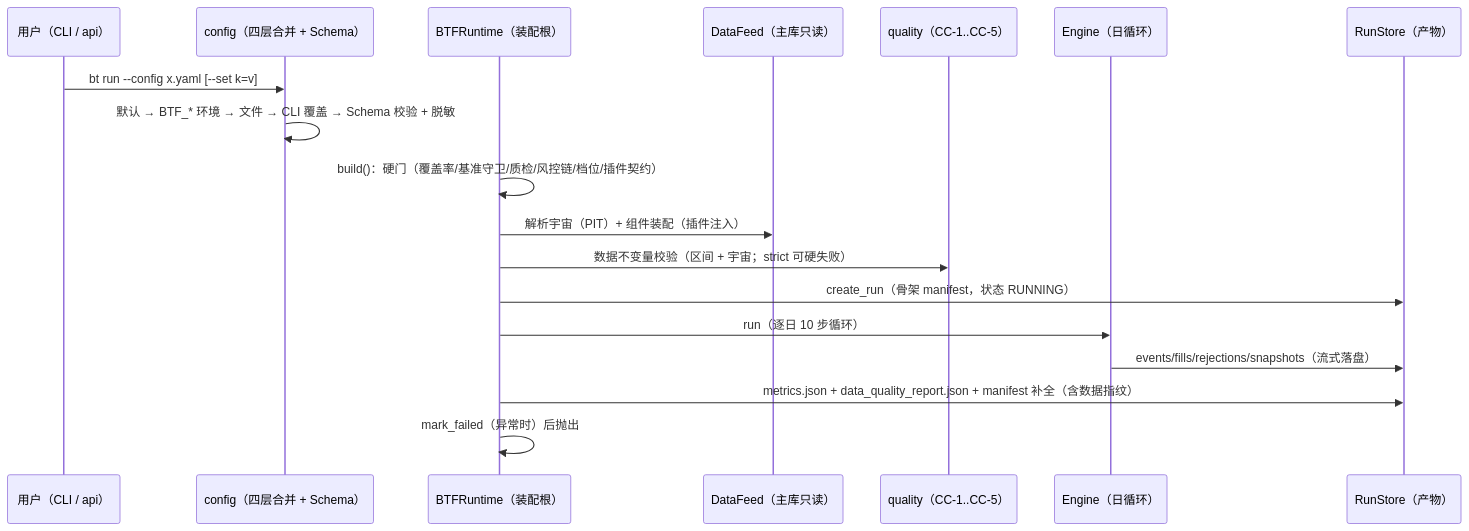
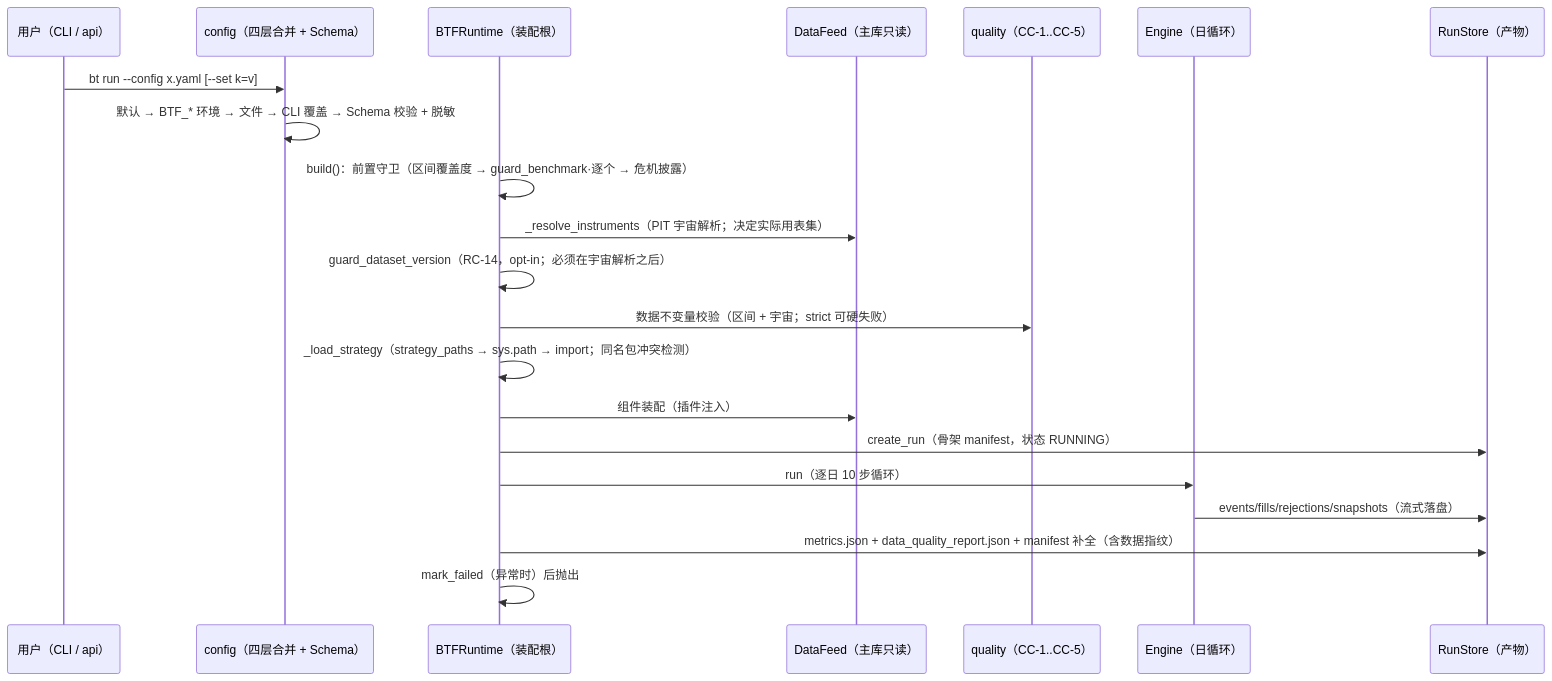
One commit to 1716250001/quant-strategy-infrastructure changed the first of 5 diagrams in 代码架构/回测工具架构/06-核心流程与关键时序.md. Above: the diagram before and after it, drawn with Mermaid. The commit also changed other lines of this file and 22 other files, not shown here.

````diff
--- a/代码架构/回测工具架构/06-核心流程与关键时序.md
+++ b/代码架构/回测工具架构/06-核心流程与关键时序.md
@@ -18,21 +18,24 @@
 ```mermaid
 sequenceDiagram
     participant U as 用户（CLI / api）
     participant C as config（四层合并 + Schema）
     participant RT as BTFRuntime（装配根）
     participant F as DataFeed（主库只读）
     participant Q as quality（CC-1..CC-5）
     participant E as Engine（日循环）
     participant S as RunStore（产物）
 
     U->>C: bt run --config x.yaml [--set k=v]
     C->>C: 默认 → BTF_* 环境 → 文件 → CLI 覆盖 → Schema 校验 + 脱敏
-    RT->>RT: build()：硬门（覆盖率/基准守卫/质检/风控链/档位/插件契约）
-    RT->>F: 解析宇宙（PIT）+ 组件装配（插件注入）
+    RT->>RT: build()：前置守卫（区间覆盖度 → guard_benchmark·逐个 → 危机披露）
+    RT->>F: _resolve_instruments（PIT 宇宙解析；决定实际用表集）
+    RT->>RT: guard_dataset_version（RC-14，opt-in；必须在宇宙解析之后）
     RT->>Q: 数据不变量校验（区间 + 宇宙；strict 可硬失败）
+    RT->>RT: _load_strategy（strategy_paths → sys.path → import；同名包冲突检测）
+    RT->>F: 组件装配（插件注入）
     RT->>S: create_run（骨架 manifest，状态 RUNNING）
     RT->>E: run（逐日 10 步循环）
     E->>S: events/fills/rejections/snapshots（流式落盘）
     RT->>S: metrics.json + data_quality_report.json + manifest 补全（含数据指纹）
     RT->>RT: mark_failed（异常时）后抛出
 ```
````
